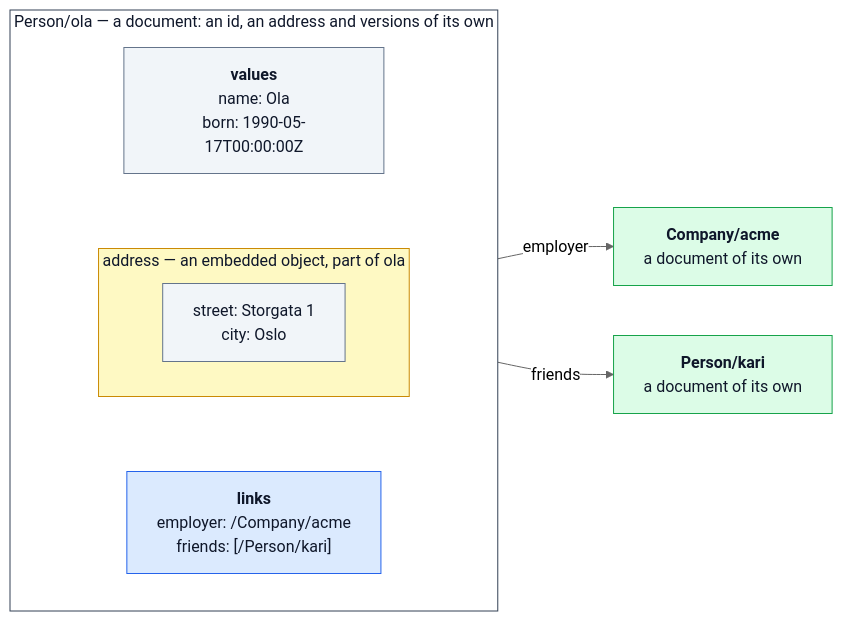
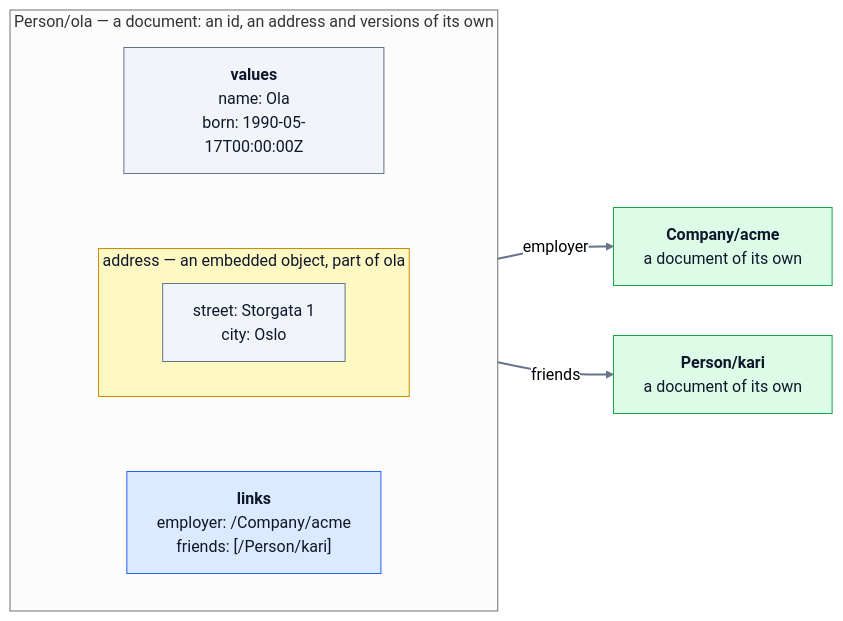
One commit to descoped/linked-data-store-project changed the sixth of 9 diagrams in docs/user/concepts.md. Above: the diagram before and after it, drawn with Mermaid (neutral theme). The commit also changed other lines of this file and 1 other file, not shown here.

````diff
--- a/docs/user/concepts.md
+++ b/docs/user/concepts.md
@@ -544,21 +548,21 @@
 ```mermaid
 flowchart LR
     subgraph ola["Person/ola — a document: an id, an address and versions of its own"]
         direction TB
         values["<b>values</b><br/>name: Ola<br/>born: 1990-05-17T00:00:00Z"]:::value
         subgraph address["address — an embedded object, part of ola"]
             addr["street: Storgata 1<br/>city: Oslo"]:::value
         end
         links["<b>links</b><br/>employer: /Company/acme<br/>friends: [/Person/kari]"]:::link
         values ~~~ address ~~~ links
     end
     acme["<b>Company/acme</b><br/>a document of its own"]:::doc
     kari["<b>Person/kari</b><br/>a document of its own"]:::doc
     links -- employer --> acme
     links -- friends --> kari
     classDef value fill:#f1f5f9,stroke:#64748b,color:#0f172a
     classDef link fill:#dbeafe,stroke:#2563eb,color:#0f172a
     classDef doc fill:#dcfce7,stroke:#16a34a,color:#0f172a
-    style ola fill:#ffffff,stroke:#334155,color:#0f172a
     style address fill:#fef9c3,stroke:#ca8a04,color:#0f172a
+    linkStyle 2,3 stroke:#64748b,stroke-width:2px
 ```
````
